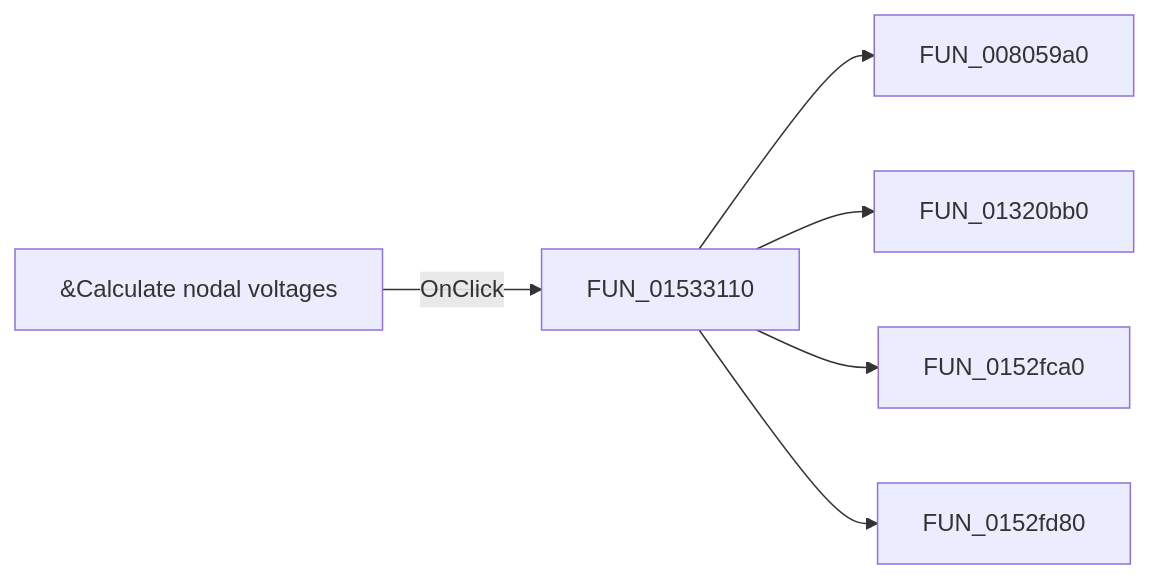
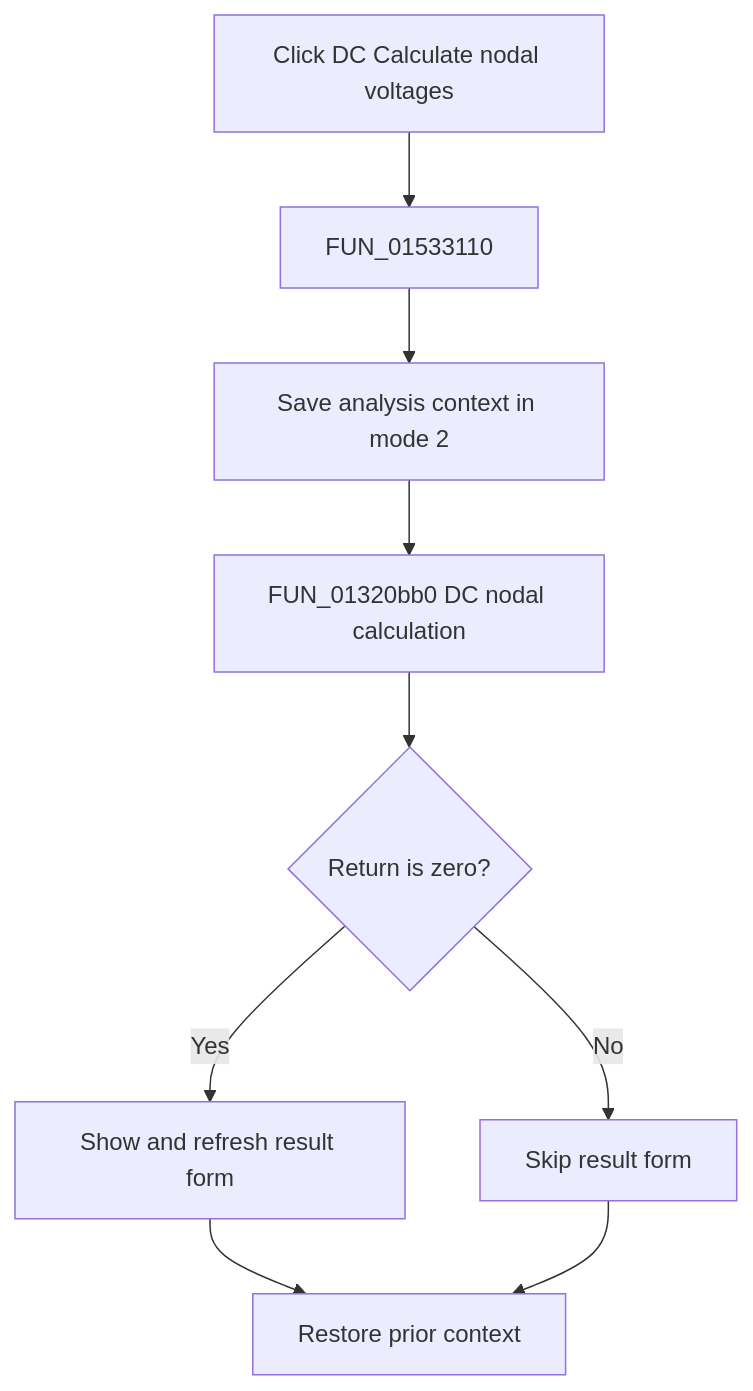
One commit to MovGP0/TIARA changed the diagram in docs/ui-controls/netlisteditor/midccalculatenodalvoltages-2f921dd293.md. Above: the diagram before and after it, drawn with Mermaid. The commit also changed other lines of this file and 1062 other files, not shown here.

````diff
--- a/docs/ui-controls/netlisteditor/midccalculatenodalvoltages-2f921dd293.md
+++ b/docs/ui-controls/netlisteditor/midccalculatenodalvoltages-2f921dd293.md
@@ -27,8 +29,11 @@
 ```mermaid
-flowchart LR
-    control["&Calculate nodal voltages"] -->|OnClick| handler["FUN_01533110"]
-    handler --> call1["FUN_008059a0"]
-    handler --> call2["FUN_01320bb0"]
-    handler --> call3["FUN_0152fca0"]
-    handler --> call4["FUN_0152fd80"]
+flowchart TD
+    control["Click DC Calculate nodal voltages"] --> handler["FUN_01533110"]
+    handler --> prepare["Save analysis context in mode 2"]
+    prepare --> solve["FUN_01320bb0 DC nodal calculation"]
+    solve --> zero{"Return is zero?"}
+    zero -->|Yes| show["Show and refresh result form"]
+    zero -->|No| skip["Skip result form"]
+    show --> restore["Restore prior context"]
+    skip --> restore
 ```
````
